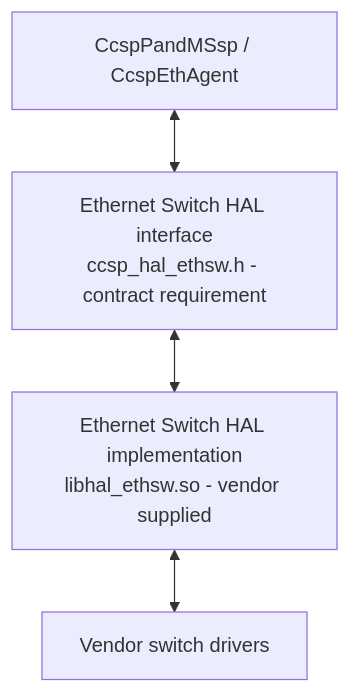
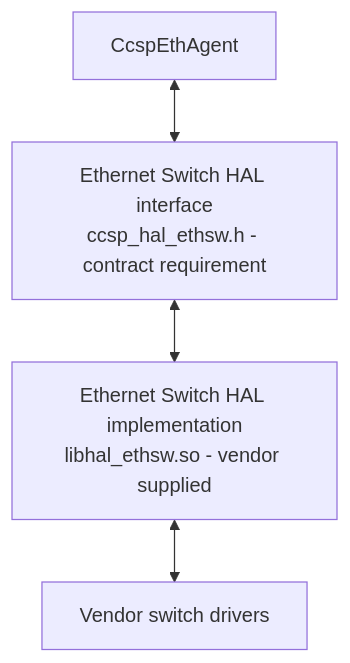
Before and after one commit to rdkcentral/rdkb-halif-ethsw: the first of 2 diagrams in docs/pages/EthSWHAlSpec.md, drawn with Mermaid. The commit also changed other lines of this file, not shown here.

````diff
--- a/docs/pages/EthSWHAlSpec.md
+++ b/docs/pages/EthSWHAlSpec.md
@@ -36,6 +36,6 @@
 ```mermaid
 flowchart TD
-    Owner["CcspPandMSsp / CcspEthAgent"] <--> Contract["Ethernet Switch HAL interface<br/>ccsp_hal_ethsw.h - contract requirement"]
+    Owner["CcspEthAgent"] <--> Contract["Ethernet Switch HAL interface<br/>ccsp_hal_ethsw.h - contract requirement"]
     Contract <--> Impl["Ethernet Switch HAL implementation<br/>libhal_ethsw.so - vendor supplied"]
     Impl <--> Drivers[Vendor switch drivers]
 ```
````
